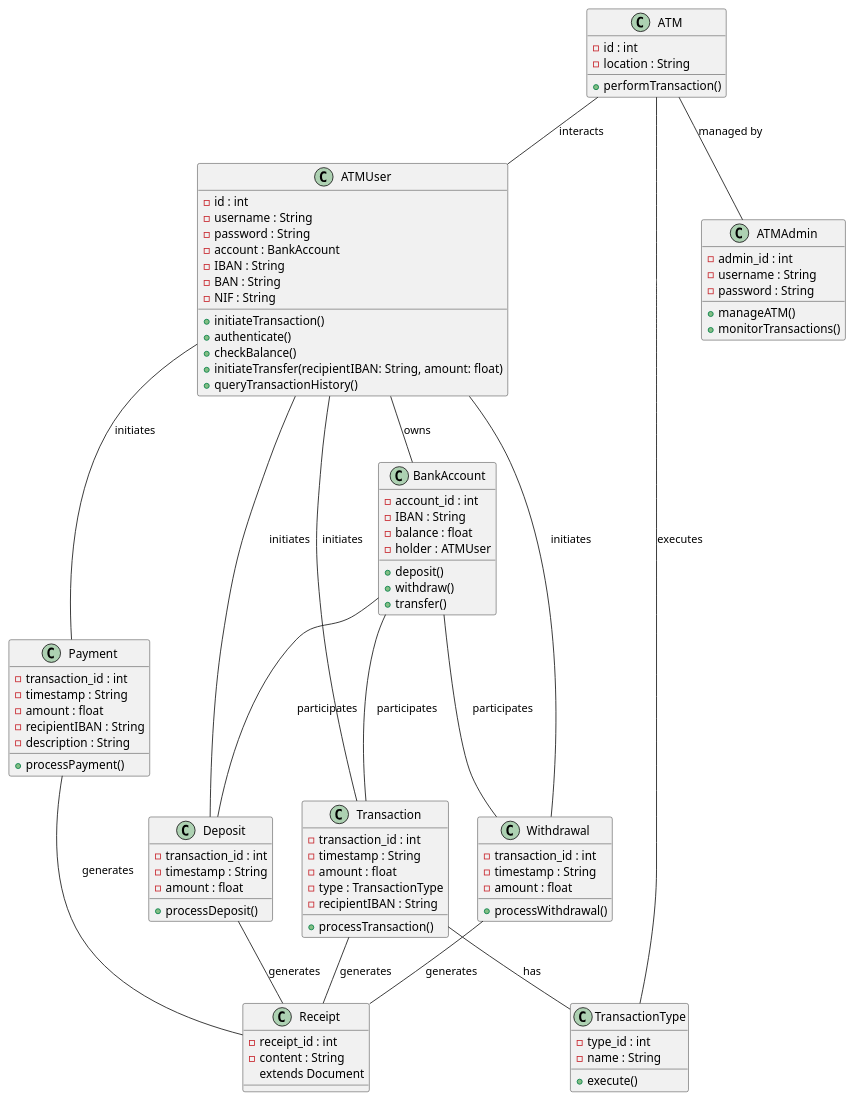
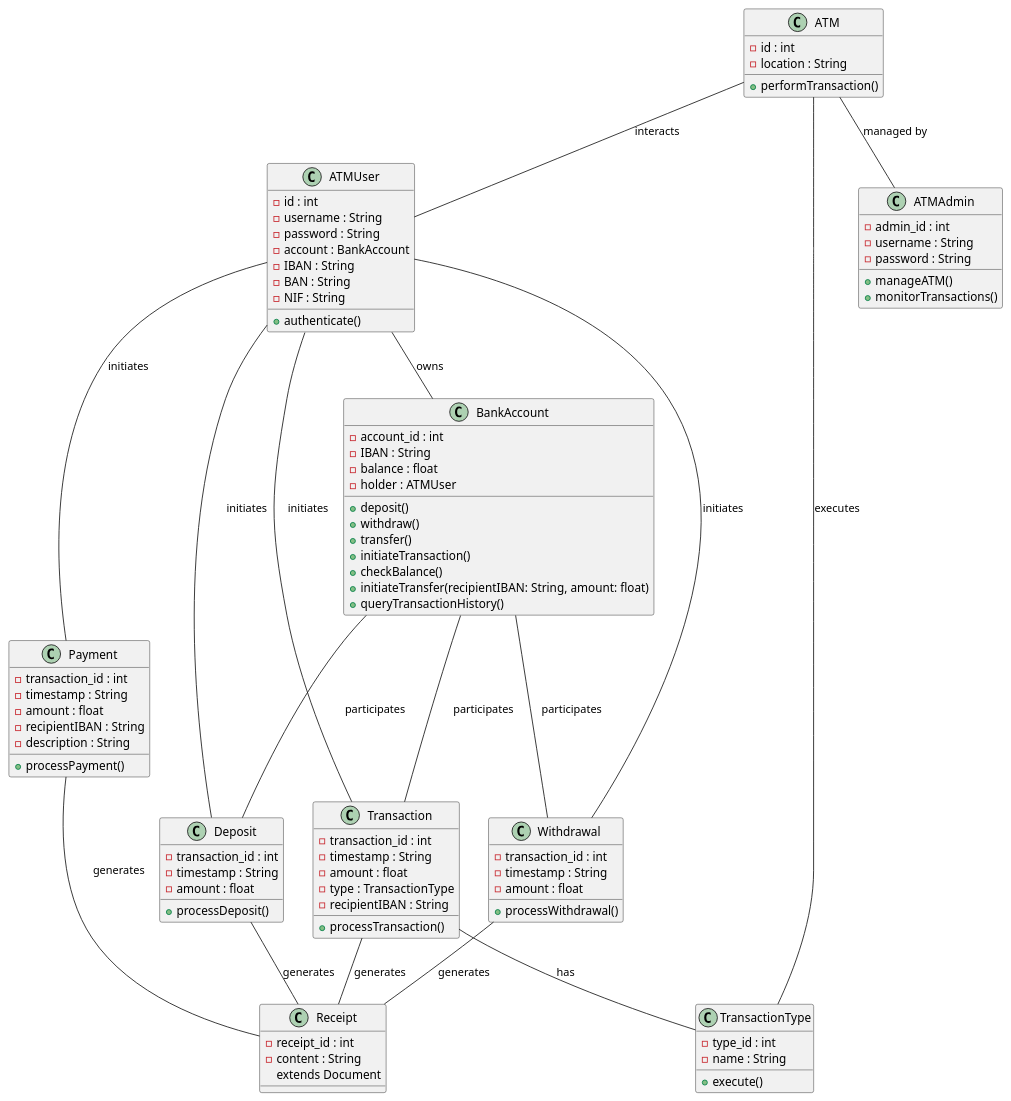
One commit to brunoUpskill2/ProjetoATM changed the diagram in Diagramas/DiagramaClasses.plantuml. Above: the diagram before and after it, drawn with PlantUML. The commit also changed 1 other file, not shown here.

```diff
--- a/Diagramas/DiagramaClasses.plantuml
+++ b/Diagramas/DiagramaClasses.plantuml
@@ -1,102 +1,103 @@
 @startuml ATMSystem
 
 class ATM {
     -id : int
     -location : String
     +performTransaction()
 }
 
 class ATMUser {
     -id : int
     -username : String
     -password : String
     -account : BankAccount
     -IBAN : String
     -BAN : String
     -NIF : String
-    +initiateTransaction()
     +authenticate()
-    +checkBalance()
-    +initiateTransfer(recipientIBAN: String, amount: float)
-    +queryTransactionHistory()
+    
 }
 
 class ATMAdmin {
     -admin_id : int
     -username : String
     -password : String
     +manageATM()
     +monitorTransactions()
 }
 
 class BankAccount {
     -account_id : int
     -IBAN : String
     -balance : float
     -holder : ATMUser
     +deposit()
     +withdraw()
     +transfer()
+    +initiateTransaction()
+    +checkBalance()
+    +initiateTransfer(recipientIBAN: String, amount: float)
+    +queryTransactionHistory()
 }
 
 class Deposit {
     -transaction_id : int
     -timestamp : String
     -amount : float
     +processDeposit()
 }
 
 class Withdrawal {
     -transaction_id : int
     -timestamp : String
     -amount : float
     +processWithdrawal()
 }
 
 class Payment {
     -transaction_id : int
     -timestamp : String
     -amount : float
     -recipientIBAN : String
     -description : String
     +processPayment()
 }
 
 class Transaction {
     -transaction_id : int
     -timestamp : String
     -amount : float
     -type : TransactionType
     -recipientIBAN : String
     +processTransaction()
 }
 
 class TransactionType {
     -type_id : int
     -name : String
     +execute()
 }
 class Receipt {
     -receipt_id : int
     -content : String
     extends Document
 }
 
 ATM -- ATMUser : interacts
 ATM -- ATMAdmin : managed by
 ATMUser -- BankAccount : owns
 ATMUser -- Deposit : initiates
 ATMUser -- Withdrawal : initiates
 ATMUser -- Payment : initiates
 ATMUser -- Transaction : initiates
 BankAccount -- Deposit : participates
 BankAccount -- Withdrawal : participates
 BankAccount -- Transaction : participates
 Payment -- Receipt : generates
 Deposit -- Receipt : generates
 Withdrawal -- Receipt : generates
 Transaction -- TransactionType : has
 Transaction -- Receipt : generates
 TransactionType -- ATM : executes
 
 @enduml
```
